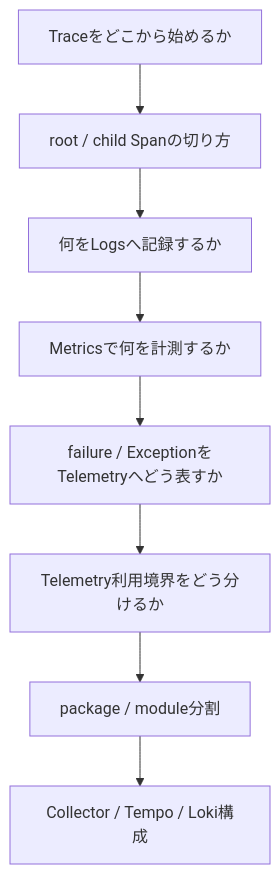
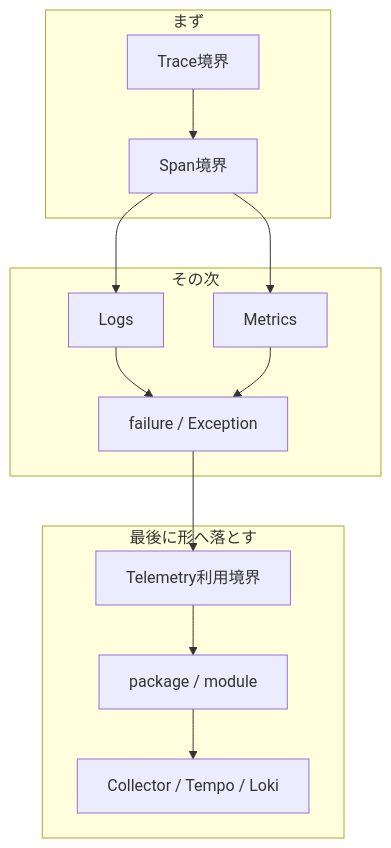
Before and after one commit to takashit16833/Workbench: the fifth of 5 diagrams in Notes/RAGScope/RAGScopeアプリケーション/RS-0023 Observability設計メモ.md, drawn with Mermaid. The commit also changed other lines of this file, not shown here.

Commit message:
note: simplify RS-0023 design decision flow

````diff
--- a/Notes/RAGScope/RAGScopeアプリケーション/RS-0023 Observability設計メモ.md
+++ b/Notes/RAGScope/RAGScopeアプリケーション/RS-0023 Observability設計メモ.md
@@ -143,10 +120,22 @@
 ```mermaid
 flowchart TD
-    A["Traceをどこから始めるか"] --> B["root / child Spanの切り方"]
-    B --> C["何をLogsへ記録するか"]
-    C --> D["Metricsで何を計測するか"]
-    D --> E["failure / ExceptionをTelemetryへどう表すか"]
-    E --> F["Telemetry利用境界をどう分けるか"]
-    F --> G["package / module分割"]
-    G --> H["Collector / Tempo / Loki構成"]
+    subgraph FIRST["まず"]
+        A["Trace境界"] --> B["Span境界"]
+    end
+
+    subgraph NEXT["その次"]
+        C["Logs"]
+        D["Metrics"]
+        E["failure / Exception"]
+    end
+
+    subgraph LAST["最後に形へ落とす"]
+        F["Telemetry利用境界"] --> G["package / module"] --> H["Collector / Tempo / Loki"]
+    end
+
+    B --> C
+    B --> D
+    C --> E
+    D --> E
+    E --> F
 ```
````
